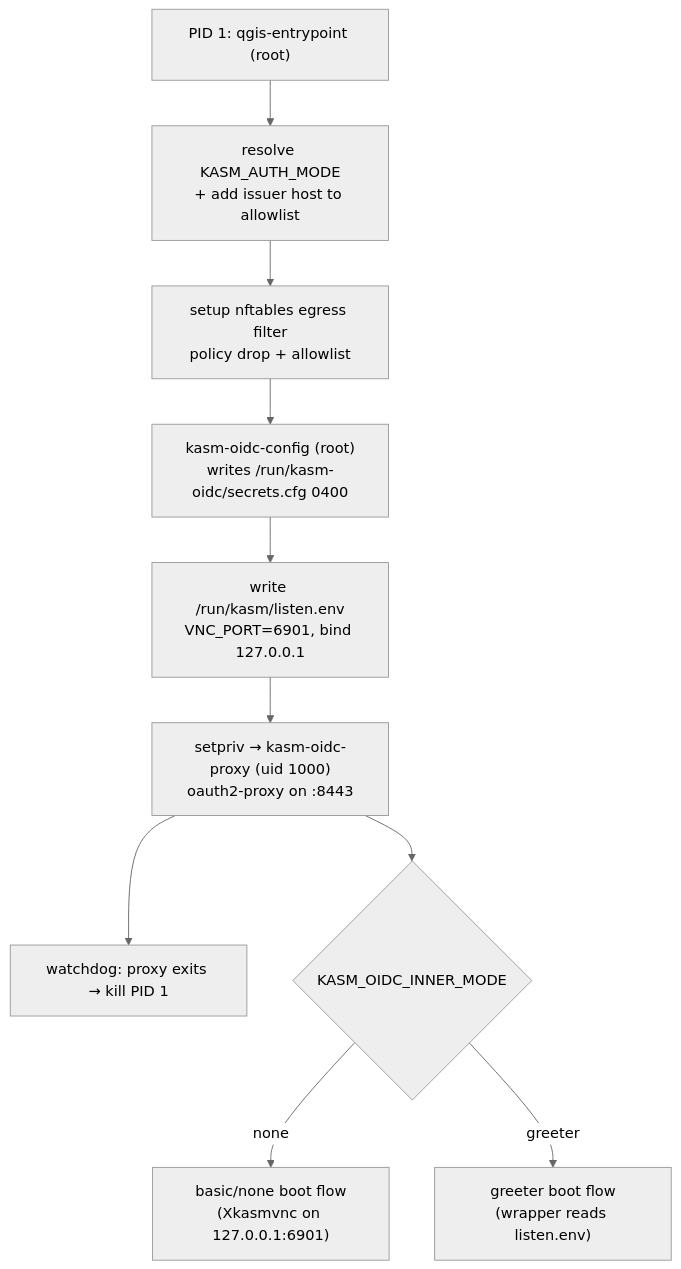
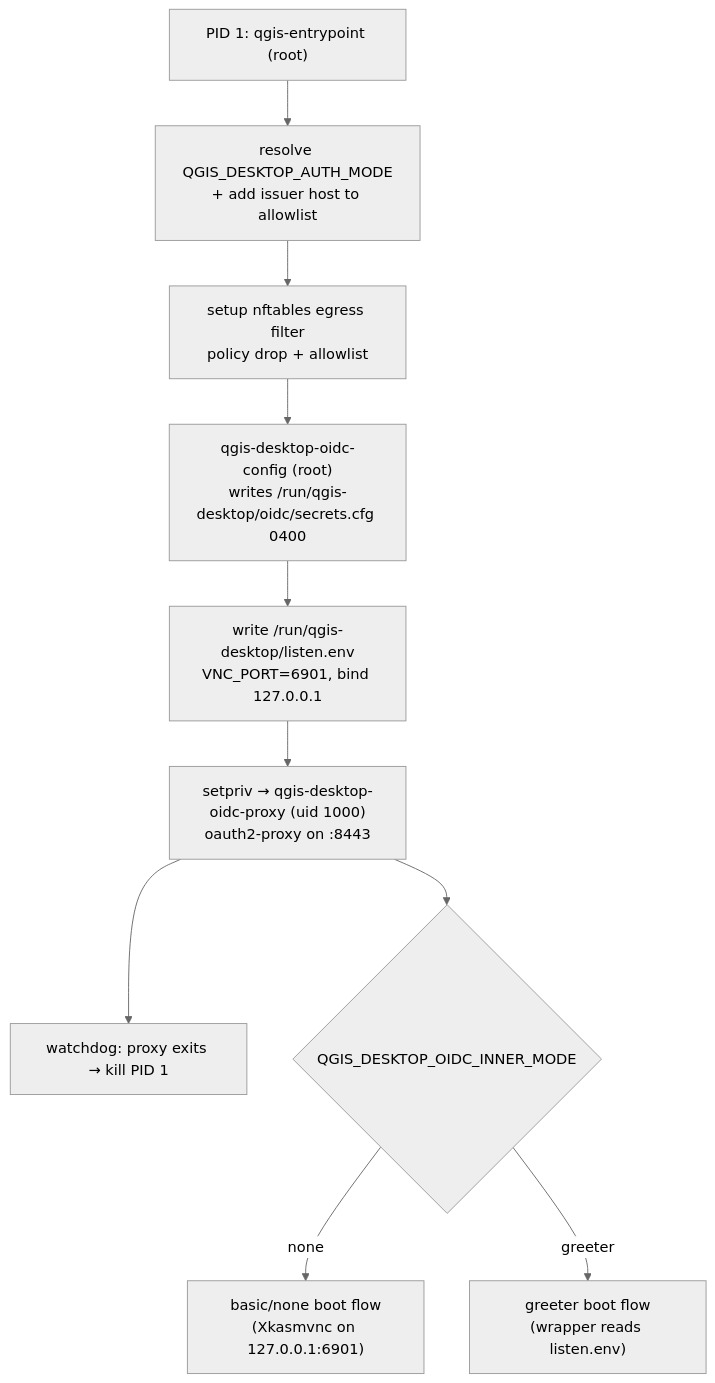
Before and after one commit to kartoza/qgis-desktop-docker: the third of 3 diagrams in docs/developer-guide/architecture.md, drawn with Mermaid (neutral theme). The commit also changed other lines of this file and 37 other files, not shown here.

First line of the commit message:
feat!: QGIS_DESKTOP_ prefix, and LTR/latest QGIS channels

````diff
--- a/docs/developer-guide/architecture.md
+++ b/docs/developer-guide/architecture.md
@@ -64,18 +64,18 @@
 ```mermaid
 graph TD
     PID1["PID 1: qgis-entrypoint (root)"]
-    RESOLVE["resolve KASM_AUTH_MODE<br/>+ add issuer host to allowlist"]
+    RESOLVE["resolve QGIS_DESKTOP_AUTH_MODE<br/>+ add issuer host to allowlist"]
     NFT["setup nftables egress filter<br/>policy drop + allowlist"]
-    CONFIG["kasm-oidc-config (root)<br/>writes /run/kasm-oidc/secrets.cfg 0400"]
-    LISTEN["write /run/kasm/listen.env<br/>VNC_PORT=6901, bind 127.0.0.1"]
-    PROXY["setpriv → kasm-oidc-proxy (uid 1000)<br/>oauth2-proxy on :8443"]
+    CONFIG["qgis-desktop-oidc-config (root)<br/>writes /run/qgis-desktop/oidc/secrets.cfg 0400"]
+    LISTEN["write /run/qgis-desktop/listen.env<br/>VNC_PORT=6901, bind 127.0.0.1"]
+    PROXY["setpriv → qgis-desktop-oidc-proxy (uid 1000)<br/>oauth2-proxy on :8443"]
     WATCH["watchdog: proxy exits → kill PID 1"]
-    INNER{"KASM_OIDC_INNER_MODE"}
+    INNER{"QGIS_DESKTOP_OIDC_INNER_MODE"}
     NONE["basic/none boot flow<br/>(Xkasmvnc on 127.0.0.1:6901)"]
     GREET["greeter boot flow<br/>(wrapper reads listen.env)"]
 
     PID1 --> RESOLVE --> NFT --> CONFIG --> LISTEN --> PROXY --> WATCH
     PROXY --> INNER
     INNER -->|none| NONE
     INNER -->|greeter| GREET
 ```
````
